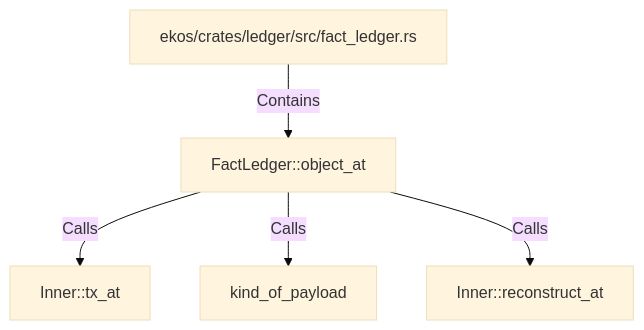
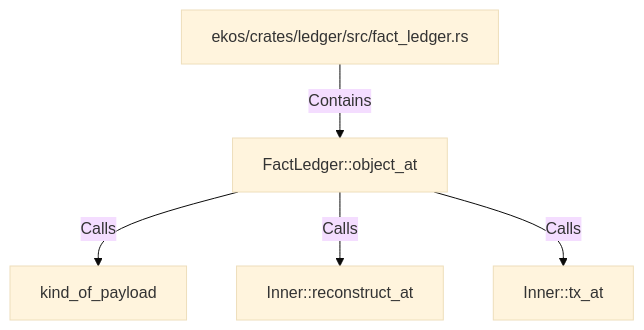
Before and after one commit to alexeyban/EKOS: the diagram in doc/entities/rustsymbol/fa/factledger-object-at.md, drawn with Mermaid (base theme). The commit also changed other lines of this file and 552 other files, not shown here.

````diff
--- a/doc/entities/rustsymbol/fa/factledger-object-at.md
+++ b/doc/entities/rustsymbol/fa/factledger-object-at.md
@@ -23,12 +23,12 @@
 ```mermaid
 graph TD
     n57760afcd78b5593ba0e9d8b30d725ce["FactLedger::object_at"]
     neadcb59e818f5d1eaf87ff29aba11423["ekos/crates/ledger/src/fact_ledger.rs"]
     neadcb59e818f5d1eaf87ff29aba11423 -->|Contains| n57760afcd78b5593ba0e9d8b30d725ce
-    n33bdc704df715f9fadc3cd05c98590a2["Inner::tx_at"]
-    n57760afcd78b5593ba0e9d8b30d725ce -->|Calls| n33bdc704df715f9fadc3cd05c98590a2
     nabd8ce5ae66350cea42fe2c4a13c43fb["kind_of_payload"]
     n57760afcd78b5593ba0e9d8b30d725ce -->|Calls| nabd8ce5ae66350cea42fe2c4a13c43fb
     n79bd74042990533fb4f5b3d167543336["Inner::reconstruct_at"]
     n57760afcd78b5593ba0e9d8b30d725ce -->|Calls| n79bd74042990533fb4f5b3d167543336
+    n33bdc704df715f9fadc3cd05c98590a2["Inner::tx_at"]
+    n57760afcd78b5593ba0e9d8b30d725ce -->|Calls| n33bdc704df715f9fadc3cd05c98590a2
 ```
````
